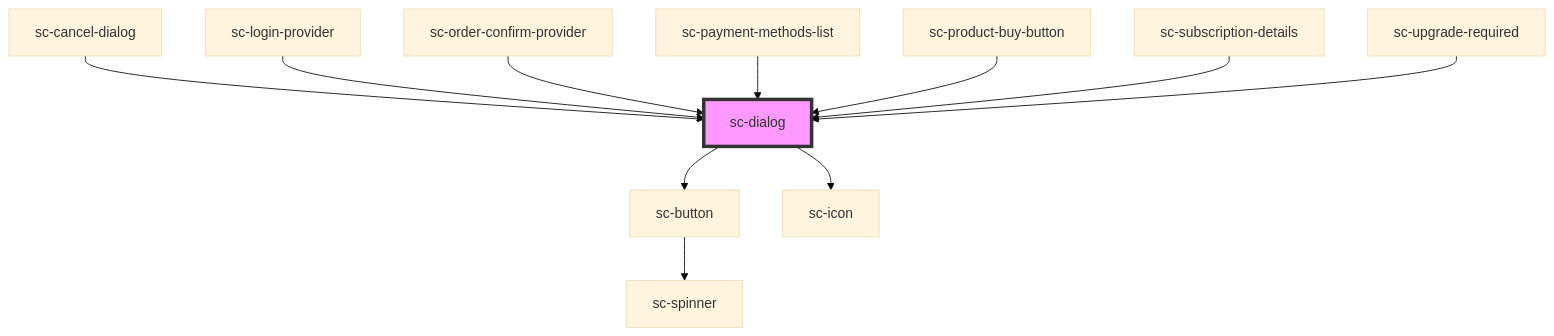
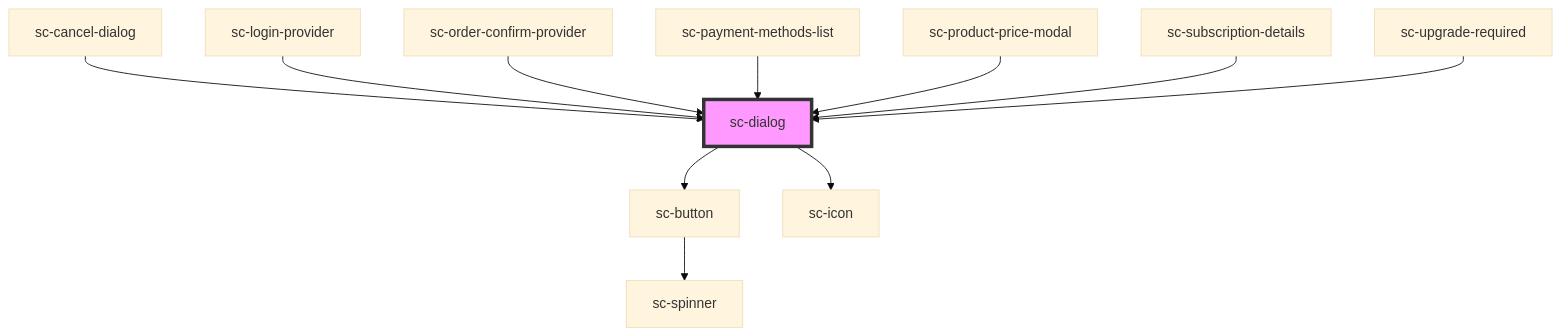
One commit to surecart/surecart-wp-plugin changed the diagram in packages/components/src/components/ui/sc-dialog/readme.md. Above: the diagram before and after it, drawn with Mermaid (base theme). The commit also changed other lines of this file and 34 other files, not shown here.

````diff
--- a/packages/components/src/components/ui/sc-dialog/readme.md
+++ b/packages/components/src/components/ui/sc-dialog/readme.md
@@ -61,14 +61,14 @@
 ```mermaid
 graph TD;
   sc-dialog --> sc-button
   sc-dialog --> sc-icon
   sc-button --> sc-spinner
   sc-cancel-dialog --> sc-dialog
   sc-login-provider --> sc-dialog
   sc-order-confirm-provider --> sc-dialog
   sc-payment-methods-list --> sc-dialog
-  sc-product-buy-button --> sc-dialog
+  sc-product-price-modal --> sc-dialog
   sc-subscription-details --> sc-dialog
   sc-upgrade-required --> sc-dialog
   style sc-dialog fill:#f9f,stroke:#333,stroke-width:4px
 ```
````
